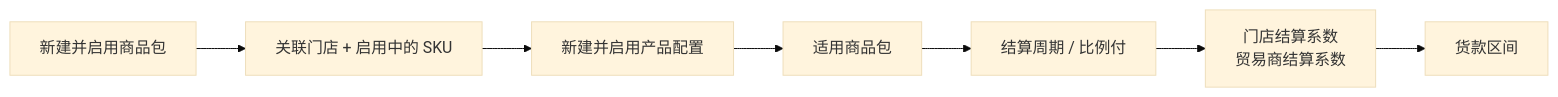
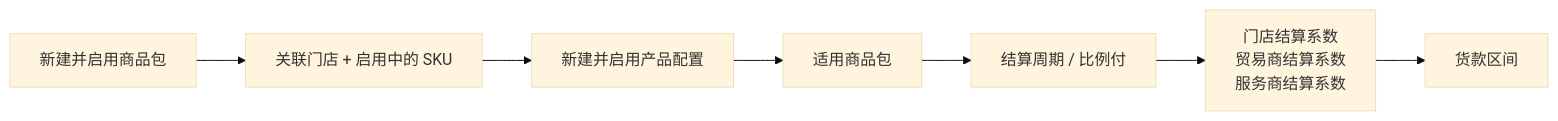
Before and after one commit to 342-droid/LFerp: the third of 7 diagrams in RBT/docs/整体业务流程图.md, drawn with Mermaid (base theme). The commit also changed other lines of this file and 10 other files, not shown here.

````diff
--- a/RBT/docs/整体业务流程图.md
+++ b/RBT/docs/整体业务流程图.md
@@ -92,9 +92,9 @@
 ```mermaid
 flowchart LR
   P0[新建并启用商品包] --> P1[关联门店 + 启用中的 SKU]
   P1 --> F0[新建并启用产品配置]
   F0 --> F1[适用商品包]
   F1 --> F2[结算周期 / 比例付]
-  F2 --> F3[门店结算系数<br/>贸易商结算系数]
+  F2 --> F3[门店结算系数<br/>贸易商结算系数<br/>服务商结算系数]
   F3 --> F4[货款区间]
 ```
````
